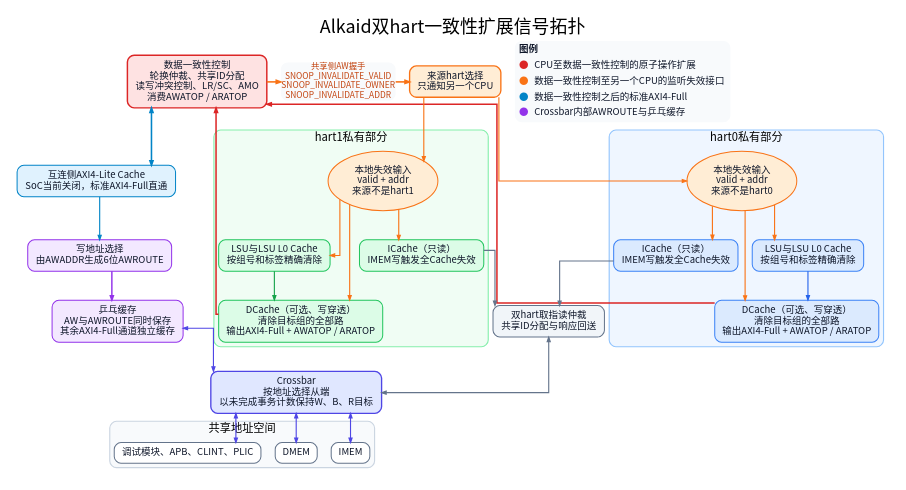
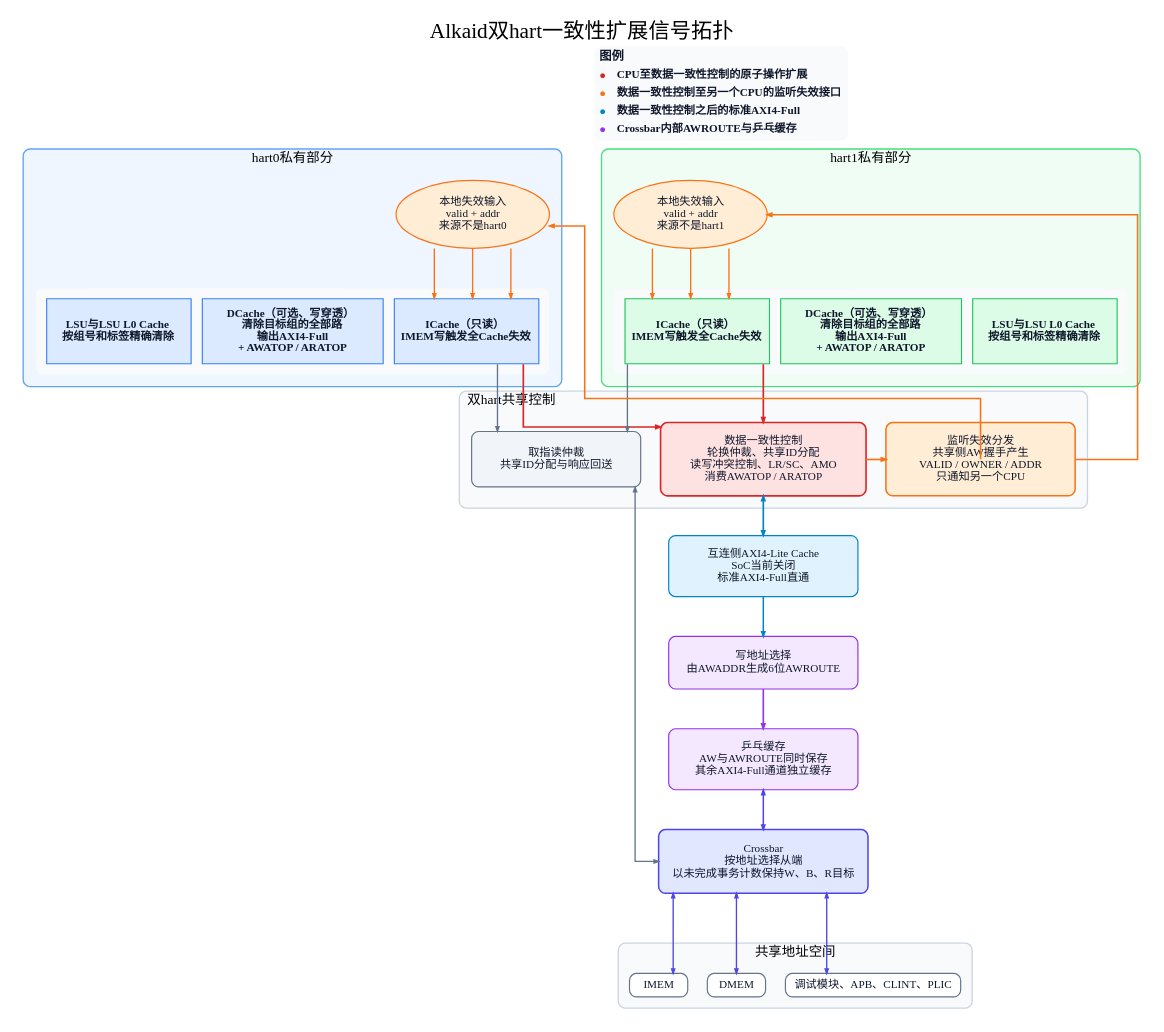
One commit to Little-W/Obsidian changed the diagram in RISC-V & CPU/_media/alkaid_multicore/alkaid_coherence_signal_topology.dot. Above: the diagram before and after it, drawn with Graphviz. The commit also changed 3 other files, not shown here.

```diff
--- a/RISC-V & CPU/_media/alkaid_multicore/alkaid_coherence_signal_topology.dot
+++ b/RISC-V & CPU/_media/alkaid_multicore/alkaid_coherence_signal_topology.dot
@@ -1,13 +1,17 @@
 digraph AlkaidCoherenceTopology {
     graph [
         rankdir=TB,
+        newrank=true,
+        compound=true,
+        ordering=out,
         bgcolor="#FFFFFF",
-        pad="0.32",
-        nodesep="0.35",
-        ranksep="0.72",
+        pad="0.36",
+        nodesep="0.48",
+        ranksep="0.98",
+        esep="+8",
         splines=ortho,
-        fontname="Noto Sans CJK SC",
-        fontsize=32,
+        fontname="Noto Sans CJK SC Bold",
+        fontsize=38,
         labelloc=t,
         label="Alkaid双hart一致性扩展信号拓扑"
     ];
@@ -18,112 +22,168 @@
         color="#64748B",
         fillcolor="#F8FAFC",
         fontcolor="#0F172A",
-        fontname="Noto Sans CJK SC",
-        fontsize=17,
-        penwidth=1.8,
-        margin="0.18,0.12"
+        fontname="Noto Sans CJK SC Bold",
+        fontsize=20,
+        penwidth=2.1,
+        margin="0.20,0.14"
     ];
 
     edge [
         color="#475569",
         fontcolor="#334155",
-        fontname="Noto Sans CJK SC",
-        fontsize=14,
-        penwidth=2.0,
-        arrowsize=0.8
+        fontname="Noto Sans CJK SC Bold",
+        fontsize=17,
+        penwidth=2.4,
+        arrowsize=0.82,
+        headclip=true,
+        tailclip=true
     ];
 
     subgraph cluster_hart0 {
         label="hart0私有部分";
-        color="#93C5FD";
+        color="#60A5FA";
         fillcolor="#EFF6FF";
         style="rounded,filled";
-        penwidth=2.0;
-        fontname="Noto Sans CJK SC";
-        fontsize=20;
+        penwidth=2.4;
+        fontname="Noto Sans CJK SC Bold";
+        fontsize=24;
+        margin=22;
 
-        c0_lsu [label="LSU与LSU L0 Cache\n按组号和标签精确清除", fillcolor="#DBEAFE", color="#3B82F6"];
-        c0_dc [label="DCache（可选、写穿透）\n清除目标组的全部路\n输出AXI4-Full + AWATOP / ARATOP", fillcolor="#DBEAFE", color="#3B82F6"];
-        c0_ic [label="ICache（只读）\nIMEM写触发全Cache失效", fillcolor="#DBEAFE", color="#3B82F6"];
-        c0_snoop [label="本地失效输入\nvalid + addr\n来源不是hart0", shape=ellipse, fillcolor="#FFEDD5", color="#F97316"];
+        c0_snoop [
+            label="本地失效输入\nvalid + addr\n来源不是hart0",
+            shape=ellipse,
+            width=3.80,
+            height=1.28,
+            fillcolor="#FFEDD5",
+            color="#F97316"
+        ];
+        c0_cache_row [
+            shape=plain,
+            label=<
+                <TABLE BORDER="0" CELLBORDER="0" CELLSPACING="18" CELLPADDING="0">
+                    <TR>
+                        <TD PORT="l0" BORDER="2" COLOR="#3B82F6" BGCOLOR="#DBEAFE" WIDTH="260" HEIGHT="96"><B>LSU与LSU L0 Cache</B><BR/><B>按组号和标签精确清除</B></TD>
+                        <TD PORT="dc" BORDER="2" COLOR="#3B82F6" BGCOLOR="#DBEAFE" WIDTH="325" HEIGHT="118"><B>DCache（可选、写穿透）</B><BR/><B>清除目标组的全部路</B><BR/><B>输出AXI4-Full</B><BR/><B>+ AWATOP / ARATOP</B></TD>
+                        <TD PORT="ic" BORDER="2" COLOR="#3B82F6" BGCOLOR="#DBEAFE" WIDTH="260" HEIGHT="96"><B>ICache（只读）</B><BR/><B>IMEM写触发全Cache失效</B></TD>
+                    </TR>
+                </TABLE>
+            >
+        ];
 
-        c0_lsu -> c0_dc [color="#2563EB"];
-        c0_snoop -> c0_lsu [color="#F97316"];
-        c0_snoop -> c0_dc [color="#F97316"];
-        c0_snoop -> c0_ic [color="#F97316"];
+        c0_snoop:s -> c0_cache_row:l0:n [color="#F97316"];
+        c0_snoop:s -> c0_cache_row:dc:n [color="#F97316"];
+        c0_snoop:s -> c0_cache_row:ic:n [color="#F97316"];
     }
 
     subgraph cluster_hart1 {
         label="hart1私有部分";
-        color="#86EFAC";
+        color="#4ADE80";
         fillcolor="#F0FDF4";
         style="rounded,filled";
-        penwidth=2.0;
-        fontname="Noto Sans CJK SC";
-        fontsize=20;
+        penwidth=2.4;
+        fontname="Noto Sans CJK SC Bold";
+        fontsize=24;
+        margin=22;
 
-        c1_lsu [label="LSU与LSU L0 Cache\n按组号和标签精确清除", fillcolor="#DCFCE7", color="#22C55E"];
-        c1_dc [label="DCache（可选、写穿透）\n清除目标组的全部路\n输出AXI4-Full + AWATOP / ARATOP", fillcolor="#DCFCE7", color="#22C55E"];
-        c1_ic [label="ICache（只读）\nIMEM写触发全Cache失效", fillcolor="#DCFCE7", color="#22C55E"];
-        c1_snoop [label="本地失效输入\nvalid + addr\n来源不是hart1", shape=ellipse, fillcolor="#FFEDD5", color="#F97316"];
+        c1_snoop [
+            label="本地失效输入\nvalid + addr\n来源不是hart1",
+            shape=ellipse,
+            width=3.80,
+            height=1.28,
+            fillcolor="#FFEDD5",
+            color="#F97316"
+        ];
+        c1_cache_row [
+            shape=plain,
+            label=<
+                <TABLE BORDER="0" CELLBORDER="0" CELLSPACING="18" CELLPADDING="0">
+                    <TR>
+                        <TD PORT="ic" BORDER="2" COLOR="#22C55E" BGCOLOR="#DCFCE7" WIDTH="260" HEIGHT="96"><B>ICache（只读）</B><BR/><B>IMEM写触发全Cache失效</B></TD>
+                        <TD PORT="dc" BORDER="2" COLOR="#22C55E" BGCOLOR="#DCFCE7" WIDTH="325" HEIGHT="118"><B>DCache（可选、写穿透）</B><BR/><B>清除目标组的全部路</B><BR/><B>输出AXI4-Full</B><BR/><B>+ AWATOP / ARATOP</B></TD>
+                        <TD PORT="l0" BORDER="2" COLOR="#22C55E" BGCOLOR="#DCFCE7" WIDTH="260" HEIGHT="96"><B>LSU与LSU L0 Cache</B><BR/><B>按组号和标签精确清除</B></TD>
+                    </TR>
+                </TABLE>
+            >
+        ];
 
-        c1_lsu -> c1_dc [color="#16A34A"];
-        c1_snoop -> c1_lsu [color="#F97316"];
-        c1_snoop -> c1_dc [color="#F97316"];
-        c1_snoop -> c1_ic [color="#F97316"];
+        c1_snoop:s -> c1_cache_row:ic:n [color="#F97316"];
+        c1_snoop:s -> c1_cache_row:dc:n [color="#F97316"];
+        c1_snoop:s -> c1_cache_row:l0:n [color="#F97316"];
     }
 
-    iarb [
-        label="双hart取指读仲裁\n共享ID分配与响应回送",
-        fillcolor="#F1F5F9",
-        color="#64748B"
-    ];
+    subgraph cluster_control {
+        label="双hart共享控制";
+        color="#CBD5E1";
+        fillcolor="#F8FAFC";
+        style="rounded,filled";
+        penwidth=2.4;
+        fontname="Noto Sans CJK SC Bold";
+        fontsize=24;
+        labeljust=l;
+        margin=22;
 
-    cm [
-        label="数据一致性控制\n轮换仲裁、共享ID分配\n读写冲突控制、LR/SC、AMO\n消费AWATOP / ARATOP",
-        fillcolor="#FEE2E2",
-        color="#DC2626",
-        penwidth=2.6
-    ];
+        iarb [
+            label="取指读仲裁\n共享ID分配与响应回送",
+            width=4.20,
+            height=1.38,
+            fillcolor="#F1F5F9",
+            color="#64748B"
+        ];
 
-    peer_select [
-        label="来源hart选择\n只通知另一个CPU",
-        fillcolor="#FFEDD5",
-        color="#F97316",
-        penwidth=2.4
-    ];
+        cm [
+            label="数据一致性控制\n轮换仲裁、共享ID分配\n读写冲突控制、LR/SC、AMO\n消费AWATOP / ARATOP",
+            width=5.10,
+            height=1.82,
+            fillcolor="#FEE2E2",
+            color="#DC2626",
+            penwidth=2.9
+        ];
 
-    snoop_bus [
-        shape=plain,
-        fontname="Noto Sans CJK SC",
-        fontsize=15,
-        fontcolor="#C2410C",
-        label="共享侧AW握手\nSNOOP_INVALIDATE_VALID\nSNOOP_INVALIDATE_OWNER\nSNOOP_INVALIDATE_ADDR"
-    ];
+        snoop_router [
+            label="监听失效分发\n共享侧AW握手产生\nVALID / OWNER / ADDR\n只通知另一个CPU",
+            width=4.70,
+            height=1.82,
+            fillcolor="#FFEDD5",
+            color="#F97316",
+            penwidth=2.7
+        ];
+
+        { rank=same; iarb; cm; snoop_router; }
+        iarb -> cm [style=invis, weight=45];
+        cm:e -> snoop_router:w [color="#F97316", penwidth=3.0];
+    }
 
     shared_cache [
-        label="互连侧AXI4-Lite Cache\nSoC当前关闭，标准AXI4-Full直通",
+        label="互连侧AXI4-Lite Cache\nSoC当前关闭\n标准AXI4-Full直通",
+        width=4.70,
+        height=1.52,
         fillcolor="#E0F2FE",
         color="#0284C7"
     ];
 
     route [
         label="写地址选择\n由AWADDR生成6位AWROUTE",
+        width=4.70,
+        height=1.30,
         fillcolor="#F3E8FF",
         color="#9333EA"
     ];
 
     pingpong [
         label="乒乓缓存\nAW与AWROUTE同时保存\n其余AXI4-Full通道独立缓存",
+        width=4.70,
+        height=1.52,
         fillcolor="#F3E8FF",
         color="#9333EA"
     ];
 
     xbar [
         label="Crossbar\n按地址选择从端\n以未完成事务计数保持W、B、R目标",
+        width=5.20,
+        height=1.58,
         fillcolor="#E0E7FF",
         color="#4F46E5",
-        penwidth=2.4
+        penwidth=2.7
     ];
 
     subgraph cluster_shared {
@@ -131,54 +191,67 @@
         color="#CBD5E1";
         fillcolor="#F8FAFC";
         style="rounded,filled";
-        penwidth=2.0;
-        fontname="Noto Sans CJK SC";
-        fontsize=20;
+        penwidth=2.4;
+        fontname="Noto Sans CJK SC Bold";
+        fontsize=24;
+        margin=20;
 
-        imem [label="IMEM", fillcolor="#FFFFFF"];
-        dmem [label="DMEM", fillcolor="#FFFFFF"];
-        mmio [label="调试模块、APB、CLINT、PLIC", fillcolor="#FFFFFF"];
+        imem [label="IMEM", width=1.45, fillcolor="#FFFFFF"];
+        dmem [label="DMEM", width=1.45, fillcolor="#FFFFFF"];
+        mmio [label="调试模块、APB、CLINT、PLIC", width=4.00, fillcolor="#FFFFFF"];
+        { rank=same; imem; dmem; mmio; }
     }
 
-    c0_dc -> cm [color="#DC2626", penwidth=2.7];
-    c1_dc -> cm [color="#DC2626", penwidth=2.7];
+    c0_cache_row:dc:s -> cm:nw [color="#DC2626", penwidth=3.0, weight=8];
+    c1_cache_row:dc:s -> cm:ne [color="#DC2626", penwidth=3.0, weight=8];
+    c0_cache_row:ic:s -> iarb:nw [color="#64748B", weight=5];
+    c1_cache_row:ic:s -> iarb:ne [color="#64748B", weight=5];
 
-    cm -> snoop_bus [color="#F97316", penwidth=2.8];
-    snoop_bus -> peer_select [color="#F97316", penwidth=2.8];
-    peer_select -> c0_snoop [color="#F97316"];
-    peer_select -> c1_snoop [color="#F97316"];
+    snoop_router:w -> c0_snoop:e [color="#F97316", penwidth=2.8, constraint=false];
+    snoop_router:e -> c1_snoop:e [color="#F97316", penwidth=2.8, constraint=false];
 
-    c0_ic -> iarb [color="#64748B"];
-    c1_ic -> iarb [color="#64748B"];
-
-    cm -> shared_cache [
+    cm:s -> shared_cache:n [
         dir=both,
         arrowtail=normal,
         color="#0284C7",
-        penwidth=2.8
+        penwidth=3.0
     ];
-    shared_cache -> route [color="#0284C7"];
-    route -> pingpong [color="#9333EA", penwidth=2.6];
-    pingpong -> xbar [dir=both, arrowtail=normal, color="#4F46E5"];
-    iarb -> xbar [dir=both, arrowtail=normal, color="#64748B"];
+    shared_cache:s -> route:n [color="#0284C7", penwidth=2.7];
+    route:s -> pingpong:n [color="#9333EA", penwidth=2.9];
+    pingpong:s -> xbar:n [dir=both, arrowtail=normal, color="#4F46E5", penwidth=2.7];
+    iarb:s -> xbar:w [dir=both, arrowtail=normal, color="#64748B", constraint=false];
 
-    xbar -> imem [dir=both, arrowtail=normal, color="#4F46E5"];
-    xbar -> dmem [dir=both, arrowtail=normal, color="#4F46E5"];
-    xbar -> mmio [dir=both, arrowtail=normal, color="#4F46E5"];
+    xbar:sw -> imem:n [dir=both, arrowtail=normal, color="#4F46E5", minlen=2];
+    xbar:s -> dmem:n [dir=both, arrowtail=normal, color="#4F46E5", minlen=2];
+    xbar:se -> mmio:n [dir=both, arrowtail=normal, color="#4F46E5", minlen=2];
 
     legend [
         shape=plain,
+        fontname="Noto Sans CJK SC Bold",
         label=<
-            <TABLE BORDER="0" CELLBORDER="0" CELLSPACING="5" CELLPADDING="2">
-                <TR><TD ALIGN="LEFT" COLSPAN="2"><B>图例</B></TD></TR>
-                <TR><TD><FONT COLOR="#DC2626">●</FONT></TD><TD ALIGN="LEFT">CPU至数据一致性控制的原子操作扩展</TD></TR>
-                <TR><TD><FONT COLOR="#F97316">●</FONT></TD><TD ALIGN="LEFT">数据一致性控制至另一个CPU的监听失效接口</TD></TR>
-                <TR><TD><FONT COLOR="#0284C7">●</FONT></TD><TD ALIGN="LEFT">数据一致性控制之后的标准AXI4-Full</TD></TR>
-                <TR><TD><FONT COLOR="#9333EA">●</FONT></TD><TD ALIGN="LEFT">Crossbar内部AWROUTE与乒乓缓存</TD></TR>
+            <TABLE BORDER="0" CELLBORDER="0" CELLSPACING="6" CELLPADDING="2">
+                <TR><TD ALIGN="LEFT" COLSPAN="2"><FONT POINT-SIZE="22"><B>图例</B></FONT></TD></TR>
+                <TR><TD><FONT POINT-SIZE="20" COLOR="#DC2626">●</FONT></TD><TD ALIGN="LEFT"><FONT POINT-SIZE="20"><B>CPU至数据一致性控制的原子操作扩展</B></FONT></TD></TR>
+                <TR><TD><FONT POINT-SIZE="20" COLOR="#F97316">●</FONT></TD><TD ALIGN="LEFT"><FONT POINT-SIZE="20"><B>数据一致性控制至另一个CPU的监听失效接口</B></FONT></TD></TR>
+                <TR><TD><FONT POINT-SIZE="20" COLOR="#0284C7">●</FONT></TD><TD ALIGN="LEFT"><FONT POINT-SIZE="20"><B>数据一致性控制之后的标准AXI4-Full</B></FONT></TD></TR>
+                <TR><TD><FONT POINT-SIZE="20" COLOR="#9333EA">●</FONT></TD><TD ALIGN="LEFT"><FONT POINT-SIZE="20"><B>Crossbar内部AWROUTE与乒乓缓存</B></FONT></TD></TR>
             </TABLE>
         >
     ];
 
-    { rank=same; cm; snoop_bus; peer_select; legend; }
-    peer_select -> legend [style=invis, weight=30];
+    legend_spacer [
+        shape=box,
+        label="",
+        width=6.60,
+        height=1.70,
+        fixedsize=true,
+        style=invis
+    ];
+
+    { rank=same; legend_spacer; legend; }
+    legend_spacer -> legend [style=invis, weight=120];
+    legend_spacer -> c0_snoop [style=invis, weight=80];
+    legend -> c1_snoop [style=invis, weight=80];
+    { rank=same; c0_snoop; c1_snoop; }
+    c0_snoop -> c1_snoop [style=invis, weight=120];
 }
```
